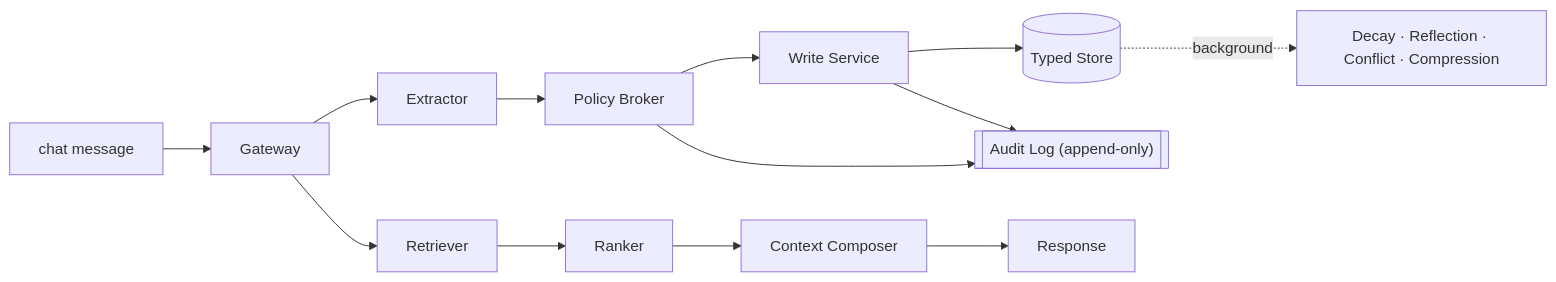
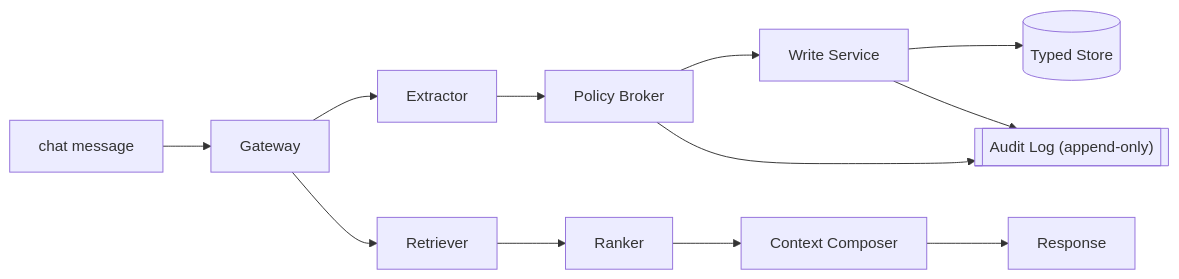
Before and after one commit to patibandlavenkatamanideep/memoryops-ai: the diagram in README.md, drawn with Mermaid. The commit also changed other lines of this file and 2 other files, not shown here.

````diff
--- a/README.md
+++ b/README.md
@@ -160,9 +67,8 @@
 ```mermaid
 flowchart LR
     M["chat message"] --> GW["Gateway"]
     GW --> EX["Extractor"] --> PB["Policy Broker"] --> WS["Write Service"] --> ST[("Typed Store")]
     GW --> RT["Retriever"] --> RK["Ranker"] --> CC["Context Composer"] --> RESP["Response"]
     PB --> AUD[["Audit Log (append-only)"]]
     WS --> AUD
-    ST -. background .-> BG["Decay · Reflection · Conflict · Compression"]
 ```
````
